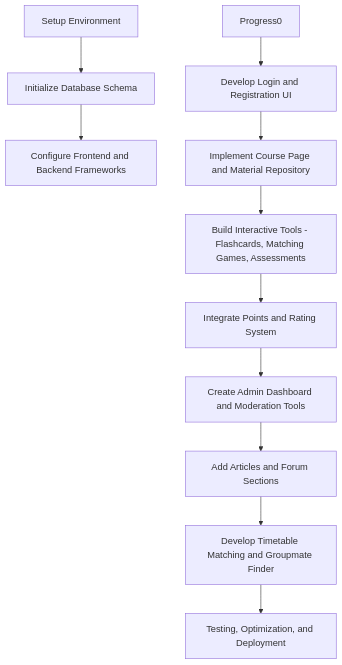
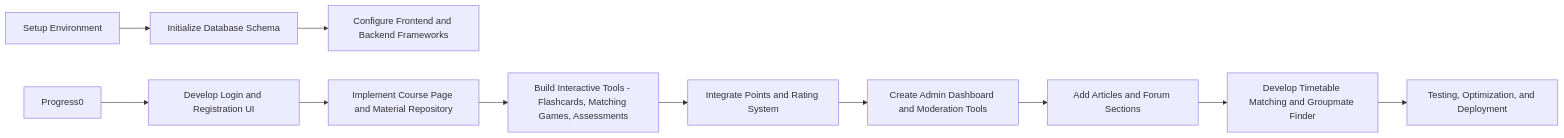
One commit to MyFGitAccount/MARKDOWN_KK changed the second of 2 diagrams in markdown/TechStack.md. Above: the diagram before and after it, drawn with Mermaid.

````diff
--- a/markdown/TechStack.md
+++ b/markdown/TechStack.md
@@ -72,13 +72,13 @@
 ```mermaid
-graph TD
+graph LR
   Start[Setup Environment] --> Setup1[Initialize Database Schema]
   Setup1 --> Setup2[Configure Frontend and Backend Frameworks]
   Progress0 --> Progress1[Develop Login and Registration UI]
   Progress1 --> Progress2[Implement Course Page and Material Repository]
   Progress2 --> Progress3[Build Interactive Tools - Flashcards, Matching Games, Assessments]
   Progress3 --> Progress4[Integrate Points and Rating System]
   Progress4 --> Progress5[Create Admin Dashboard and Moderation Tools]
   Progress5 --> Progress6[Add Articles and Forum Sections]
   Progress6 --> Progress7[Develop Timetable Matching and Groupmate Finder]
   Progress7 --> Finalize[Testing, Optimization, and Deployment]
 ```
````
